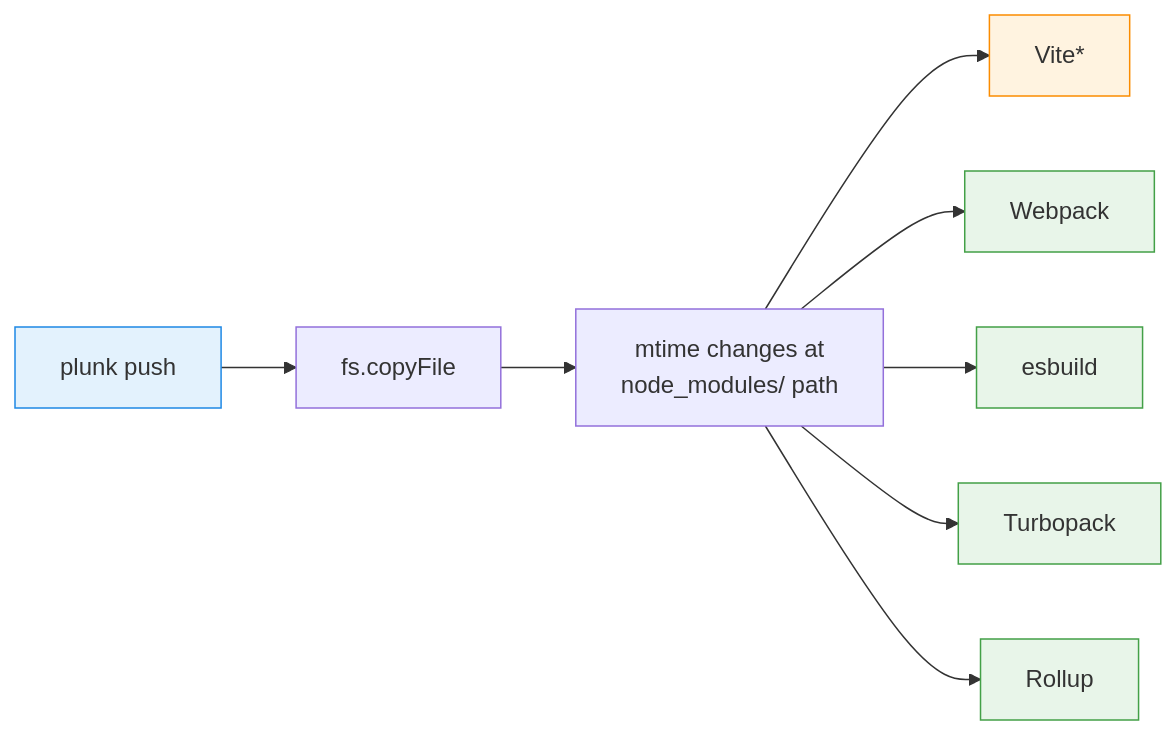
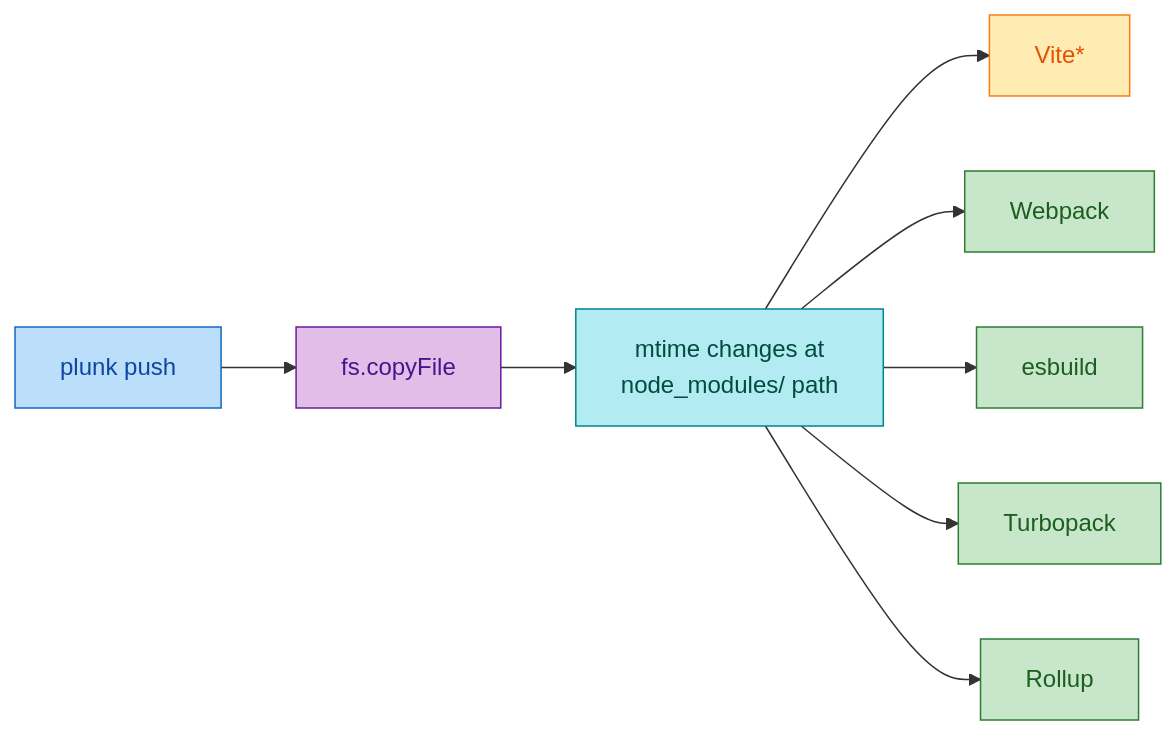
Before and after one commit to oleg-kuibar/plunk: the second of 2 diagrams in docs/bundlers.md, drawn with Mermaid. The commit also changed other lines of this file and 10 other files, not shown here.

First line of the commit message:
docs: theme-safe mermaid colors, tighten prose

````diff
--- a/docs/bundlers.md
+++ b/docs/bundlers.md
@@ -94,17 +100,19 @@
 ```mermaid
 graph LR
     P[plunk push] --> FS[fs.copyFile]
     FS --> E1[mtime changes at<br/>node_modules/ path]
     E1 --> V[Vite*]
     E1 --> W[Webpack]
     E1 --> ES[esbuild]
     E1 --> T[Turbopack]
     E1 --> R[Rollup]
 
-    style P fill:#e3f2fd,stroke:#1e88e5
-    style V fill:#fff3e0,stroke:#fb8c00
-    style W fill:#e8f5e9,stroke:#43a047
-    style ES fill:#e8f5e9,stroke:#43a047
-    style T fill:#e8f5e9,stroke:#43a047
-    style R fill:#e8f5e9,stroke:#43a047
+    style P fill:#bbdefb,stroke:#1565c0,color:#0d47a1
+    style FS fill:#e1bee7,stroke:#6a1b9a,color:#4a148c
+    style E1 fill:#b2ebf2,stroke:#00838f,color:#004d40
+    style V fill:#ffecb3,stroke:#f57f17,color:#e65100
+    style W fill:#c8e6c9,stroke:#2e7d32,color:#1b5e20
+    style ES fill:#c8e6c9,stroke:#2e7d32,color:#1b5e20
+    style T fill:#c8e6c9,stroke:#2e7d32,color:#1b5e20
+    style R fill:#c8e6c9,stroke:#2e7d32,color:#1b5e20
 ```
````
